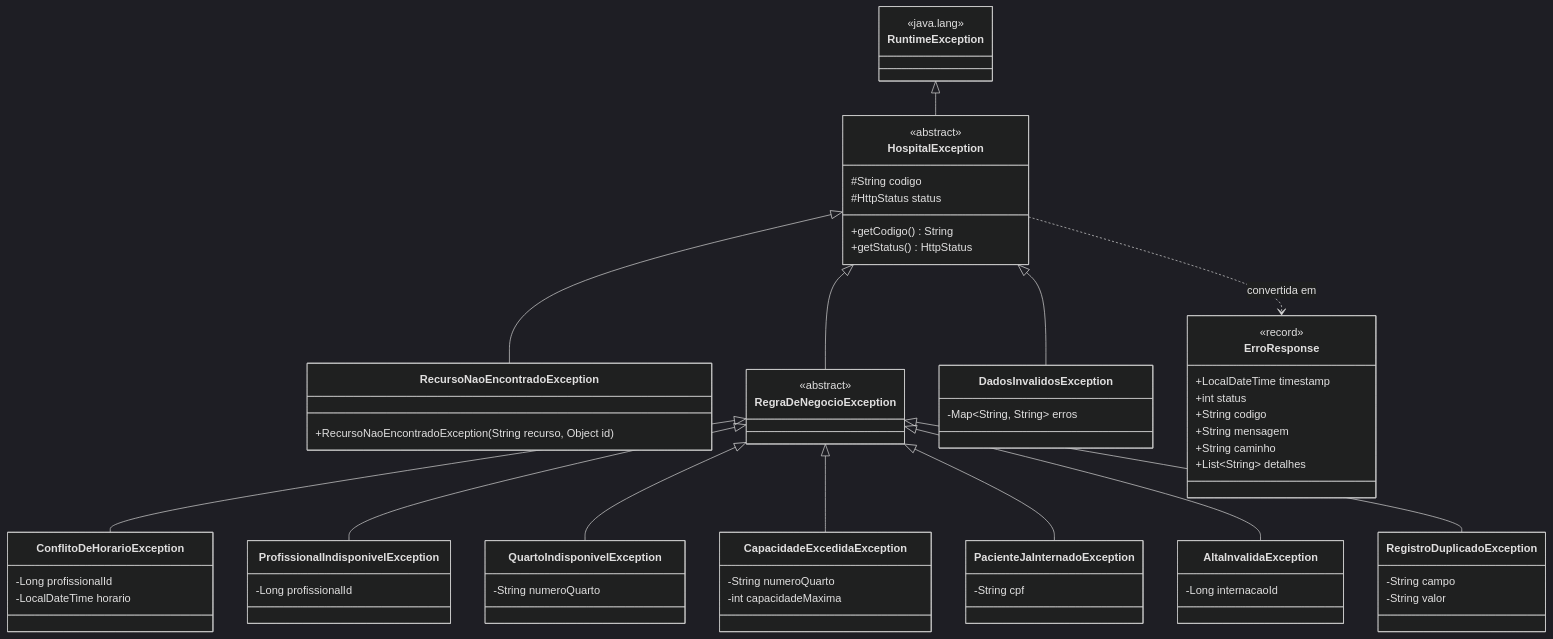
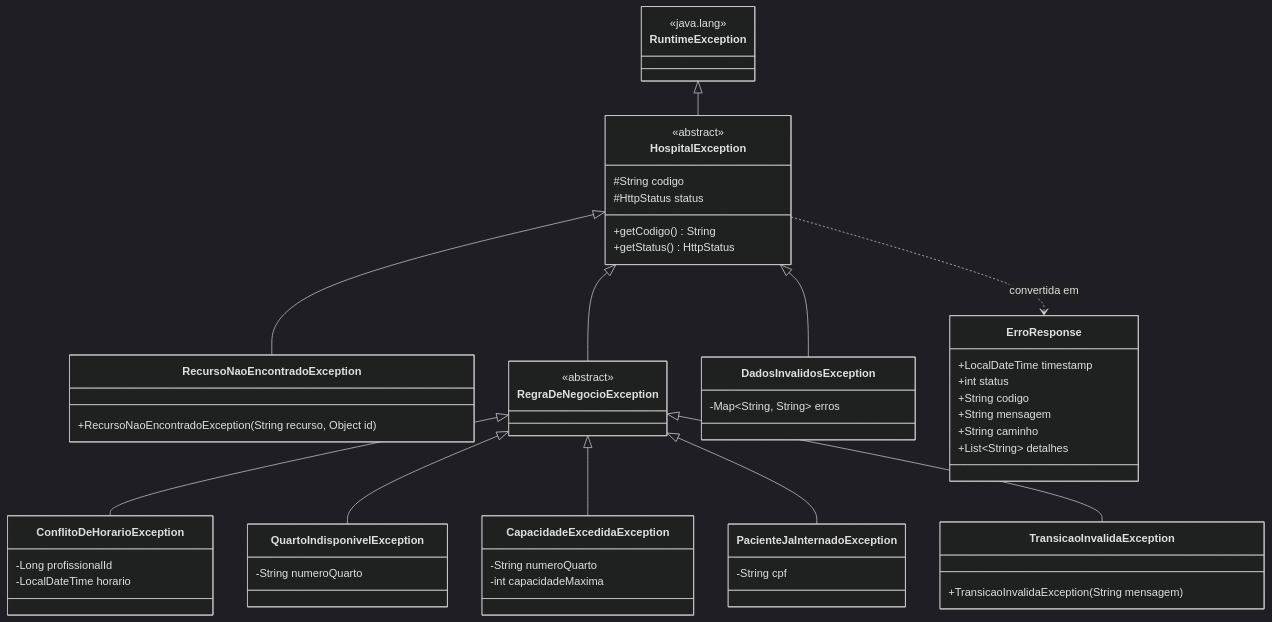
The third of 3 diagrams in docs/diagrama-de-classes.md (GustavoAlbuquerquee/vitalis), drawn with Mermaid (dark theme) before and after one commit. The commit also changed other lines of this file and 18 other files, not shown here.

````diff
--- a/docs/diagrama-de-classes.md
+++ b/docs/diagrama-de-classes.md
@@ -595,10 +595,6 @@
         -LocalDateTime horario
     }
 
-    class ProfissionalIndisponivelException {
-        -Long profissionalId
-    }
-
     class QuartoIndisponivelException {
         -String numeroQuarto
     }
@@ -612,13 +608,8 @@
         -String cpf
     }
 
-    class AltaInvalidaException {
-        -Long internacaoId
-    }
-
-    class RegistroDuplicadoException {
-        -String campo
-        -String valor
+    class TransicaoInvalidaException {
+        +TransicaoInvalidaException(String mensagem)
     }
 
     class DadosInvalidosException {
@@ -626,7 +617,6 @@
     }
 
     class ErroResponse {
-        <<record>>
         +LocalDateTime timestamp
         +int status
         +String codigo
@@ -640,12 +630,10 @@
     HospitalException <|-- RegraDeNegocioException
     HospitalException <|-- DadosInvalidosException
     RegraDeNegocioException <|-- ConflitoDeHorarioException
-    RegraDeNegocioException <|-- ProfissionalIndisponivelException
     RegraDeNegocioException <|-- QuartoIndisponivelException
     RegraDeNegocioException <|-- CapacidadeExcedidaException
     RegraDeNegocioException <|-- PacienteJaInternadoException
-    RegraDeNegocioException <|-- AltaInvalidaException
-    RegraDeNegocioException <|-- RegistroDuplicadoException
+    RegraDeNegocioException <|-- TransicaoInvalidaException
 
     HospitalException ..> ErroResponse : convertida em
 ```
````
